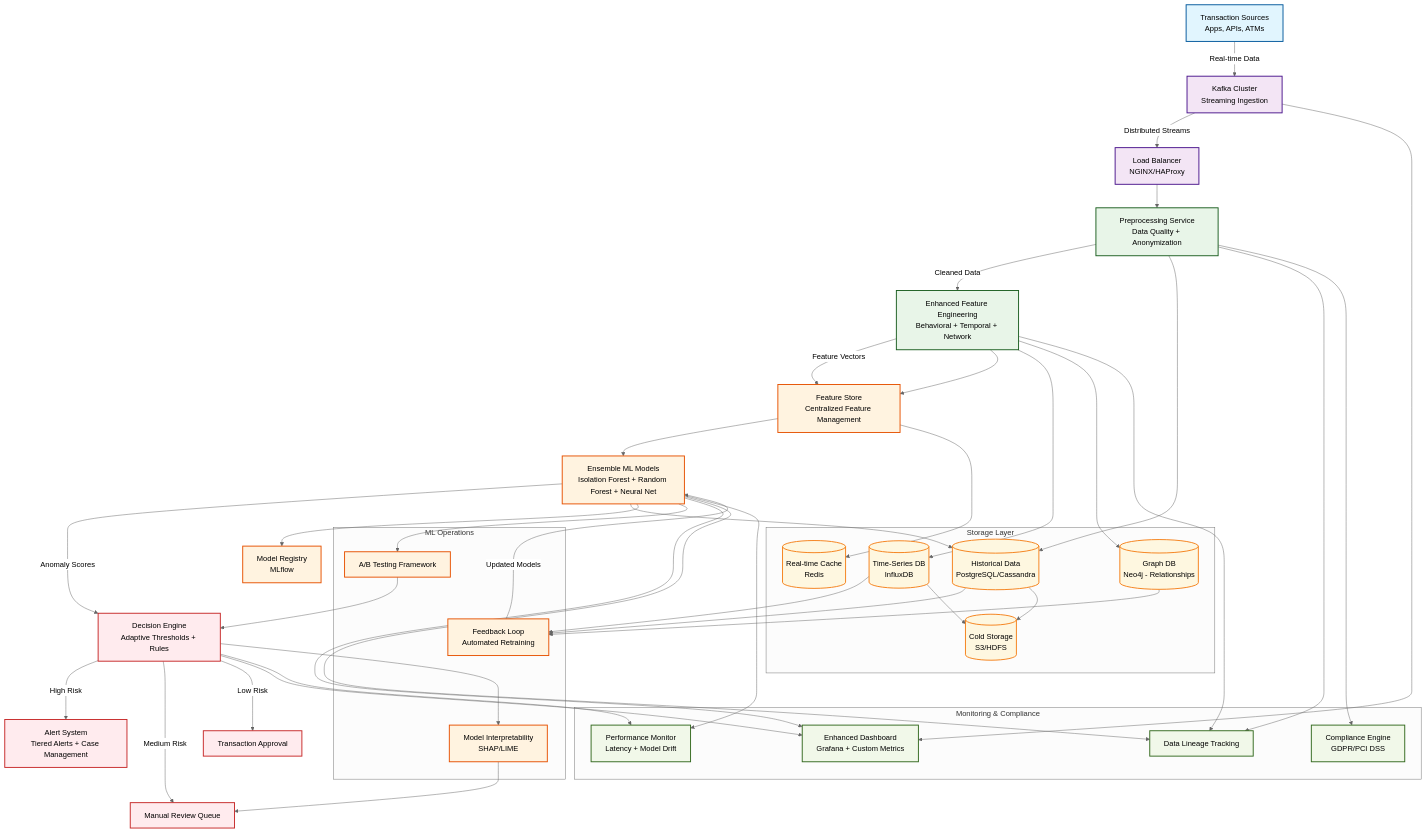
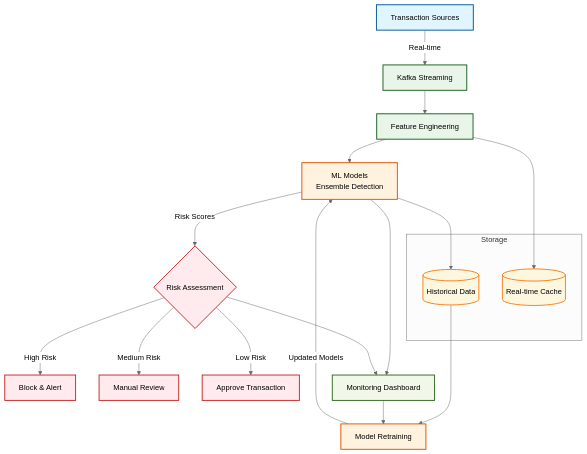
Before and after one commit to zotko/learning: the diagram in anomaly_detection.md, drawn with Mermaid (neutral theme).

````diff
--- a/anomaly_detection.md
+++ b/anomaly_detection.md
@@ -3,81 +3,39 @@
 ```mermaid
 graph TD
-    A[Transaction Sources<br/>Apps, APIs, ATMs] -->|Real-time Data| B[Kafka Cluster<br/>Streaming Ingestion]
-    B -->|Distributed Streams| C[Load Balancer<br/>NGINX/HAProxy]
-    C --> D[Preprocessing Service<br/>Data Quality + Anonymization]
-    D -->|Cleaned Data| E[Enhanced Feature Engineering<br/>Behavioral + Temporal + Network]
-    E -->|Feature Vectors| F[Feature Store<br/>Centralized Feature Management]
-    F --> G[Ensemble ML Models<br/>Isolation Forest + Random Forest + Neural Net]
-    G -->|Anomaly Scores| H[Decision Engine<br/>Adaptive Thresholds + Rules]
-    H -->|High Risk| I[Alert System<br/>Tiered Alerts + Case Management]
-    H -->|Medium Risk| J[Manual Review Queue]
-    H -->|Low Risk| K[Transaction Approval]
+    A[Transaction Sources] -->|Real-time| B[Kafka Streaming]
+    B --> C[Feature Engineering]
+    C --> D[ML Models<br/>Ensemble Detection]
+    D -->|Risk Scores| E{Risk Assessment}
     
-    subgraph Storage Layer
-        L[(Time-Series DB<br/>InfluxDB)]
-        M[(Graph DB<br/>Neo4j - Relationships)]
-        N[(Historical Data<br/>PostgreSQL/Cassandra)]
-        O[(Real-time Cache<br/>Redis)]
-        P[(Cold Storage<br/>S3/HDFS)]
+    E -->|High Risk| F[Block & Alert]
+    E -->|Medium Risk| G[Manual Review]
+    E -->|Low Risk| H[Approve Transaction]
+    
+    subgraph Storage
+        I[(Historical Data)]
+        J[(Real-time Cache)]
     end
     
-    subgraph ML Operations
-        Q[A/B Testing Framework]
-        R[Model Registry<br/>MLflow]
-        S[Feedback Loop<br/>Automated Retraining]
-        T[Model Interpretability<br/>SHAP/LIME]
-    end
+    C --> J
+    D --> I
+    K[Model Retraining] -->|Updated Models| D
+    I --> K
     
-    subgraph Monitoring & Compliance
-        U[Enhanced Dashboard<br/>Grafana + Custom Metrics]
-        V[Data Lineage Tracking]
-        W[Compliance Engine<br/>GDPR/PCI DSS]
-        X[Performance Monitor<br/>Latency + Model Drift]
-    end
-    
-    D --> N
-    E --> F
+    L[Monitoring Dashboard] --> K
+    D --> L
     E --> L
-    E --> M
-    F --> O
-    G --> N
-    G --> R
-    S -->|Updated Models| G
-    N --> S
-    L --> S
-    M --> S
-    
-    G --> Q
-    Q --> H
-    H --> T
-    T --> J
-    
-    B --> U
-    G --> U
-    H --> U
-    D --> V
-    E --> V
-    G --> V
-    D --> W
-    G --> X
-    H --> X
-    
-    N --> P
-    L --> P
     
     classDef source fill:#e1f5fe,stroke:#01579b,stroke-width:2px
-    classDef streaming fill:#f3e5f5,stroke:#4a148c,stroke-width:2px
     classDef processing fill:#e8f5e8,stroke:#1b5e20,stroke-width:2px
     classDef ml fill:#fff3e0,stroke:#e65100,stroke-width:2px
+    classDef decision fill:#ffebee,stroke:#c62828,stroke-width:2px
     classDef storage fill:#fef7e0,stroke:#f57f17,stroke-width:2px
-    classDef decision fill:#ffebee,stroke:#c62828,stroke-width:2px
     classDef monitoring fill:#f1f8e9,stroke:#33691e,stroke-width:2px
     
     class A source
-    class B,C streaming
-    class D,E processing
-    class F,G,Q,R,S,T ml
-    class L,M,N,O,P storage
-    class H,I,J,K decision
-    class U,V,W,X monitoring
+    class B,C processing
+    class D,K ml
+    class E,F,G,H decision
+    class I,J storage
+    class L monitoring
 ```
````
